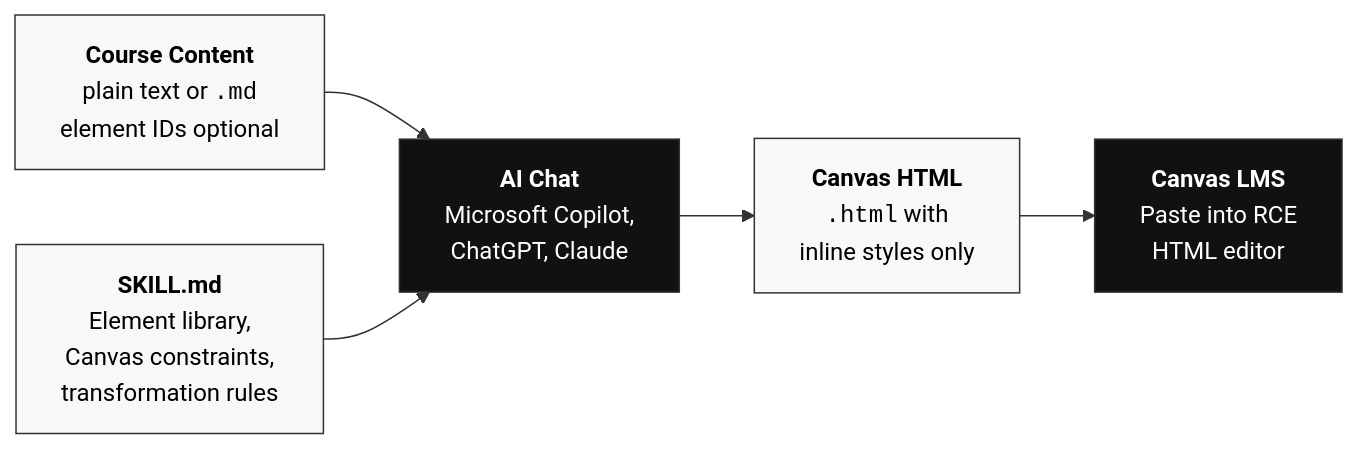
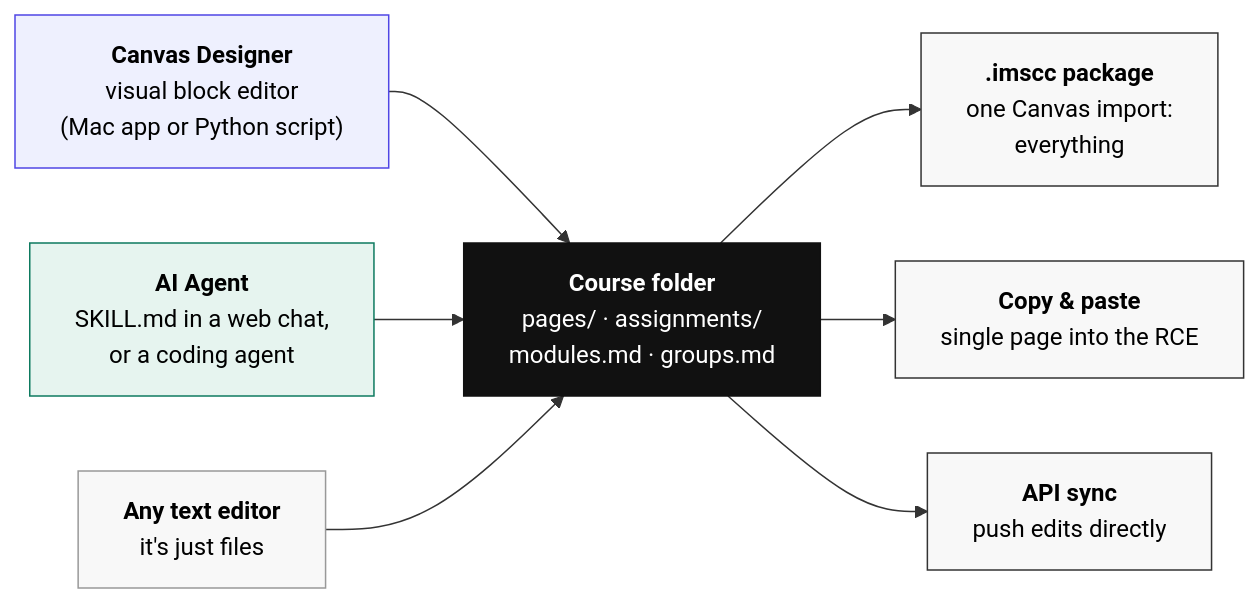
The diagram in README.md (npuckett/canvas-design-agent), drawn with Mermaid before and after one commit. The commit also changed other lines of this file and 14 other files, not shown here.

First line of the commit message:
Overhaul docs around the two creation methods: Designer UI vs AI agent

````diff
--- a/README.md
+++ b/README.md
@@ -77,13 +24,17 @@
 ```mermaid
 flowchart LR
-    A["<b>Course Content</b><br/>plain text or <code>.md</code><br/>element IDs optional"] --> C["<b>AI Chat</b><br/>Microsoft Copilot,<br/>ChatGPT, Claude"]
-    B["<b>SKILL.md</b><br/>Element library,<br/>Canvas constraints,<br/>transformation rules"] --> C
-    C --> D["<b>Canvas HTML</b><br/><code>.html</code> with<br/>inline styles only"]
-    D --> E["<b>Canvas LMS</b><br/>Paste into RCE<br/>HTML editor"]
+    UI["<b>Canvas Designer</b><br/>visual block editor<br/>(Mac app or Python script)"] --> REPO
+    AG["<b>AI Agent</b><br/>SKILL.md in a web chat,<br/>or a coding agent"] --> REPO
+    TXT["<b>Any text editor</b><br/>it's just files"] --> REPO
+    REPO["<b>Course folder</b><br/>pages/ · assignments/<br/>modules.md · groups.md"] --> OUT1["<b>.imscc package</b><br/>one Canvas import:<br/>everything"]
+    REPO --> OUT2["<b>Copy &amp; paste</b><br/>single page into the RCE"]
+    REPO --> OUT3["<b>API sync</b><br/>push edits directly"]
 
-    style A fill:#f8f8f8,stroke:#333,color:#000
-    style B fill:#f8f8f8,stroke:#333,color:#000
-    style C fill:#111,stroke:#333,color:#fff
-    style D fill:#f8f8f8,stroke:#333,color:#000
-    style E fill:#111,stroke:#333,color:#fff
+    style UI fill:#eef0fe,stroke:#4f46e5,color:#000
+    style AG fill:#e6f4ef,stroke:#0d7a5f,color:#000
+    style TXT fill:#f8f8f8,stroke:#999,color:#000
+    style REPO fill:#111,stroke:#111,color:#fff
+    style OUT1 fill:#f8f8f8,stroke:#333,color:#000
+    style OUT2 fill:#f8f8f8,stroke:#333,color:#000
+    style OUT3 fill:#f8f8f8,stroke:#333,color:#000
 ```
````
